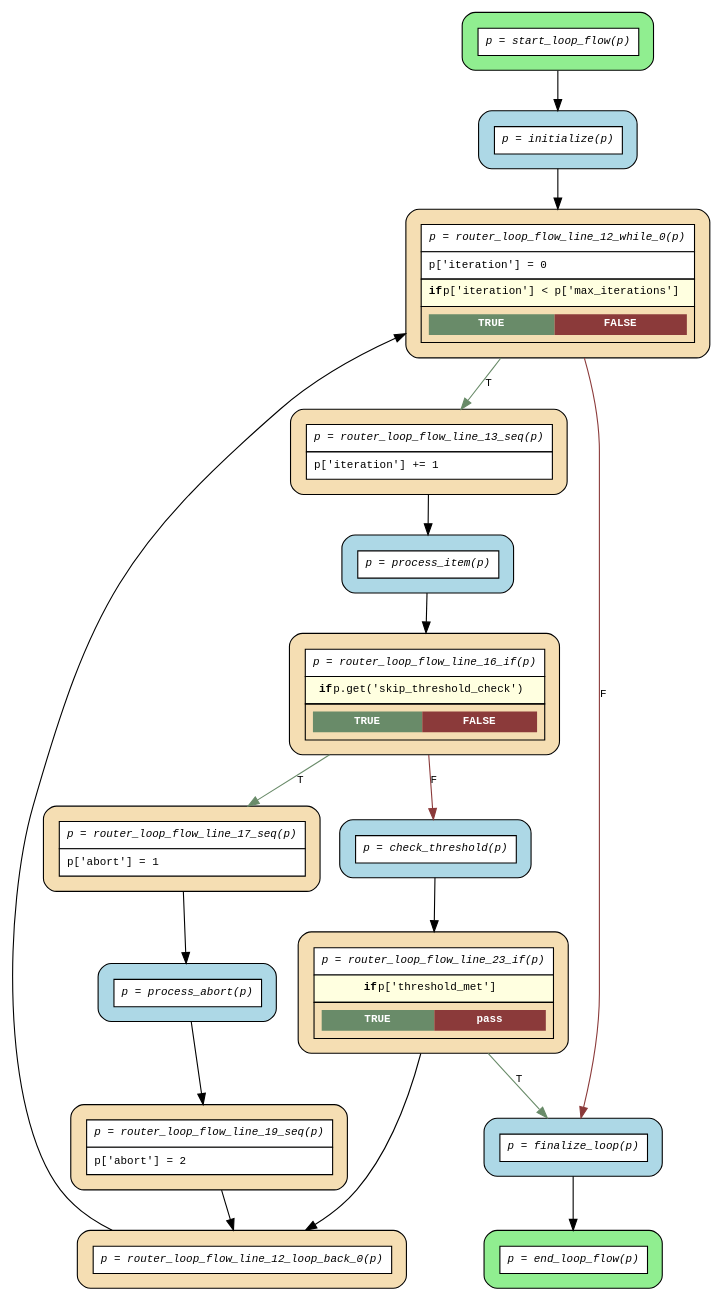
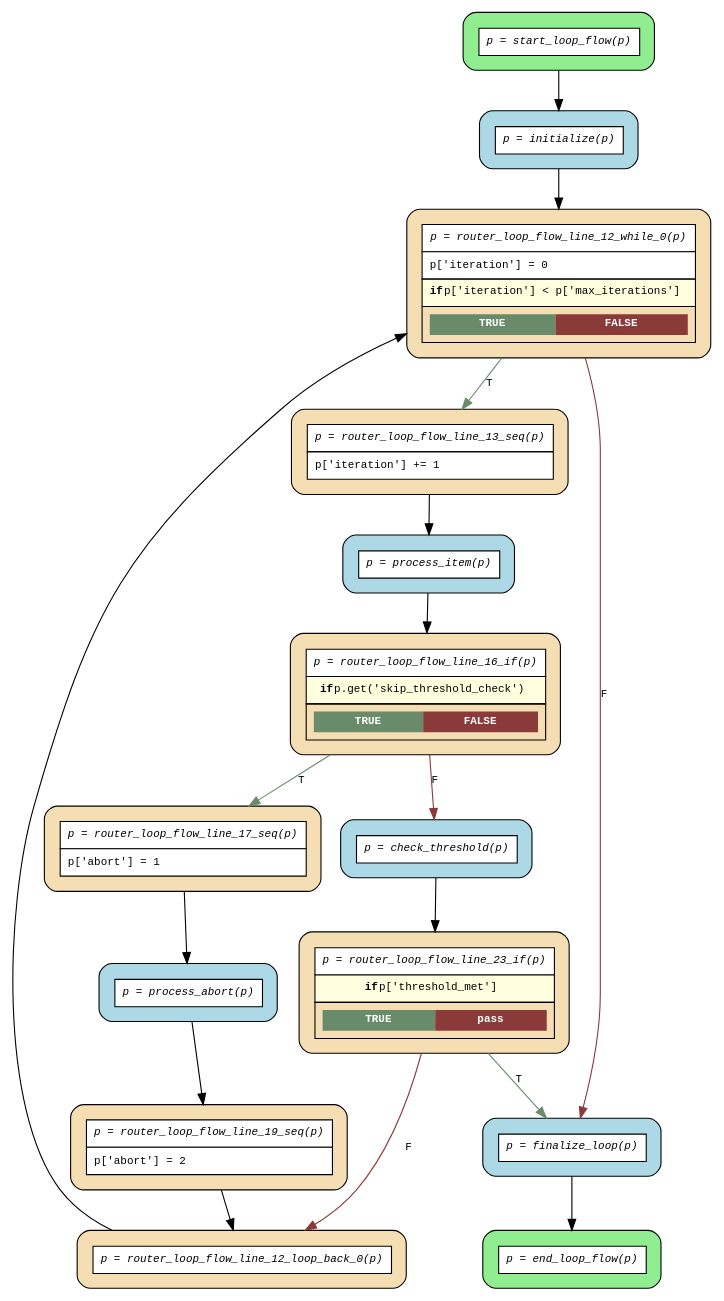
The diagram in examples/flows/compiled/while_loop_processing/flow.dot (deliveryhero/asya), drawn with Graphviz before and after one commit. The commit also changed 12 other files, not shown here.

```diff
--- a/examples/flows/compiled/while_loop_processing/flow.dot
+++ b/examples/flows/compiled/while_loop_processing/flow.dot
@@ -1,38 +1,38 @@
 digraph flow {
   rankdir=TB;
   graph [fontname="Courier", fontsize=10];
   node [fontname="Courier", fontsize=10, shape=box, style="filled,rounded", margin="0.2"];
   edge [fontname="Courier", fontsize=10];
 
   start_loop_flow [fillcolor="lightgreen", label=<<table border="0" cellspacing="0" cellpadding="6" cellborder="1"><tr><td bgcolor="white" align="center"><i>p = start_loop_flow(p)</i></td></tr></table>>];
   router_loop_flow_line_19_seq [fillcolor="wheat", label=<<table border="0" cellspacing="0" cellpadding="6" cellborder="1"><tr><td bgcolor="white" align="center"><i>p = router_loop_flow_line_19_seq(p)</i></td></tr><tr><td bgcolor="white" align="left">p['abort'] = 2</td></tr></table>>];
   router_loop_flow_line_17_seq [fillcolor="wheat", label=<<table border="0" cellspacing="0" cellpadding="6" cellborder="1"><tr><td bgcolor="white" align="center"><i>p = router_loop_flow_line_17_seq(p)</i></td></tr><tr><td bgcolor="white" align="left">p['abort'] = 1</td></tr></table>>];
   router_loop_flow_line_23_if [fillcolor="wheat", label=<<table border="0" cellspacing="0" cellpadding="6" cellborder="1"><tr><td bgcolor="white" align="center"><i>p = router_loop_flow_line_23_if(p)</i></td></tr><tr><td bgcolor="lightyellow"><b>if</b> p['threshold_met']</td></tr><tr><td><table border="0" cellspacing="0" cellpadding="4"><tr><td bgcolor="darkseagreen4"><font color="white"><b>TRUE</b></font></td><td bgcolor="indianred4"><font color="white"><b>pass</b></font></td></tr></table></td></tr></table>>];
   router_loop_flow_line_16_if [fillcolor="wheat", label=<<table border="0" cellspacing="0" cellpadding="6" cellborder="1"><tr><td bgcolor="white" align="center"><i>p = router_loop_flow_line_16_if(p)</i></td></tr><tr><td bgcolor="lightyellow"><b>if</b> p.get('skip_threshold_check')</td></tr><tr><td><table border="0" cellspacing="0" cellpadding="4"><tr><td bgcolor="darkseagreen4"><font color="white"><b>TRUE</b></font></td><td bgcolor="indianred4"><font color="white"><b>FALSE</b></font></td></tr></table></td></tr></table>>];
   router_loop_flow_line_13_seq [fillcolor="wheat", label=<<table border="0" cellspacing="0" cellpadding="6" cellborder="1"><tr><td bgcolor="white" align="center"><i>p = router_loop_flow_line_13_seq(p)</i></td></tr><tr><td bgcolor="white" align="left">p['iteration'] += 1</td></tr></table>>];
   router_loop_flow_line_12_loop_back_0 [fillcolor="wheat", label=<<table border="0" cellspacing="0" cellpadding="6" cellborder="1"><tr><td bgcolor="white" align="center"><i>p = router_loop_flow_line_12_loop_back_0(p)</i></td></tr></table>>];
   router_loop_flow_line_12_while_0 [fillcolor="wheat", label=<<table border="0" cellspacing="0" cellpadding="6" cellborder="1"><tr><td bgcolor="white" align="center"><i>p = router_loop_flow_line_12_while_0(p)</i></td></tr><tr><td bgcolor="white" align="left">p['iteration'] = 0</td></tr><tr><td bgcolor="lightyellow"><b>if</b> p['iteration'] &lt; p['max_iterations']</td></tr><tr><td><table border="0" cellspacing="0" cellpadding="4"><tr><td bgcolor="darkseagreen4"><font color="white"><b>TRUE</b></font></td><td bgcolor="indianred4"><font color="white"><b>FALSE</b></font></td></tr></table></td></tr></table>>];
   end_loop_flow [fillcolor="lightgreen", label=<<table border="0" cellspacing="0" cellpadding="6" cellborder="1"><tr><td bgcolor="white" align="center"><i>p = end_loop_flow(p)</i></td></tr></table>>];
   check_threshold [fillcolor="lightblue", label=<<table border="0" cellspacing="0" cellpadding="6" cellborder="1"><tr><td bgcolor="white" align="center"><i>p = check_threshold(p)</i></td></tr></table>>];
   finalize_loop [fillcolor="lightblue", label=<<table border="0" cellspacing="0" cellpadding="6" cellborder="1"><tr><td bgcolor="white" align="center"><i>p = finalize_loop(p)</i></td></tr></table>>];
   initialize [fillcolor="lightblue", label=<<table border="0" cellspacing="0" cellpadding="6" cellborder="1"><tr><td bgcolor="white" align="center"><i>p = initialize(p)</i></td></tr></table>>];
   process_abort [fillcolor="lightblue", label=<<table border="0" cellspacing="0" cellpadding="6" cellborder="1"><tr><td bgcolor="white" align="center"><i>p = process_abort(p)</i></td></tr></table>>];
   process_item [fillcolor="lightblue", label=<<table border="0" cellspacing="0" cellpadding="6" cellborder="1"><tr><td bgcolor="white" align="center"><i>p = process_item(p)</i></td></tr></table>>];
 
   check_threshold -> router_loop_flow_line_23_if;
   finalize_loop -> end_loop_flow;
   initialize -> router_loop_flow_line_12_while_0;
   process_abort -> router_loop_flow_line_19_seq;
   process_item -> router_loop_flow_line_16_if;
   router_loop_flow_line_12_loop_back_0 -> router_loop_flow_line_12_while_0 [constraint=false];
   router_loop_flow_line_12_while_0 -> finalize_loop [label="F", color=indianred4];
   router_loop_flow_line_12_while_0 -> router_loop_flow_line_13_seq [label="T", color=darkseagreen4];
   router_loop_flow_line_13_seq -> process_item;
   router_loop_flow_line_16_if -> check_threshold [label="F", color=indianred4];
   router_loop_flow_line_16_if -> router_loop_flow_line_17_seq [label="T", color=darkseagreen4];
   router_loop_flow_line_17_seq -> process_abort;
   router_loop_flow_line_19_seq -> router_loop_flow_line_12_loop_back_0;
   router_loop_flow_line_23_if -> finalize_loop [label="T", color=darkseagreen4];
-  router_loop_flow_line_23_if -> router_loop_flow_line_12_loop_back_0;
+  router_loop_flow_line_23_if -> router_loop_flow_line_12_loop_back_0 [label="F", color=indianred4];
   start_loop_flow -> initialize;
 }
```
